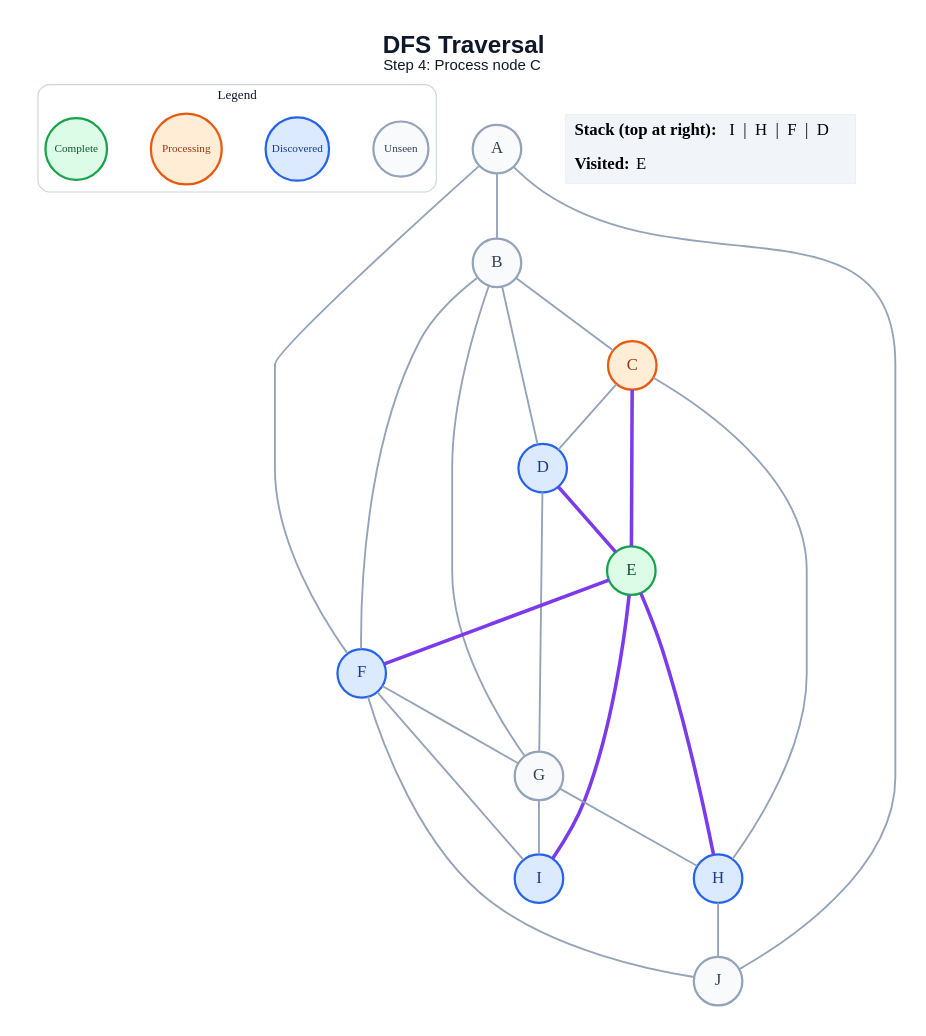
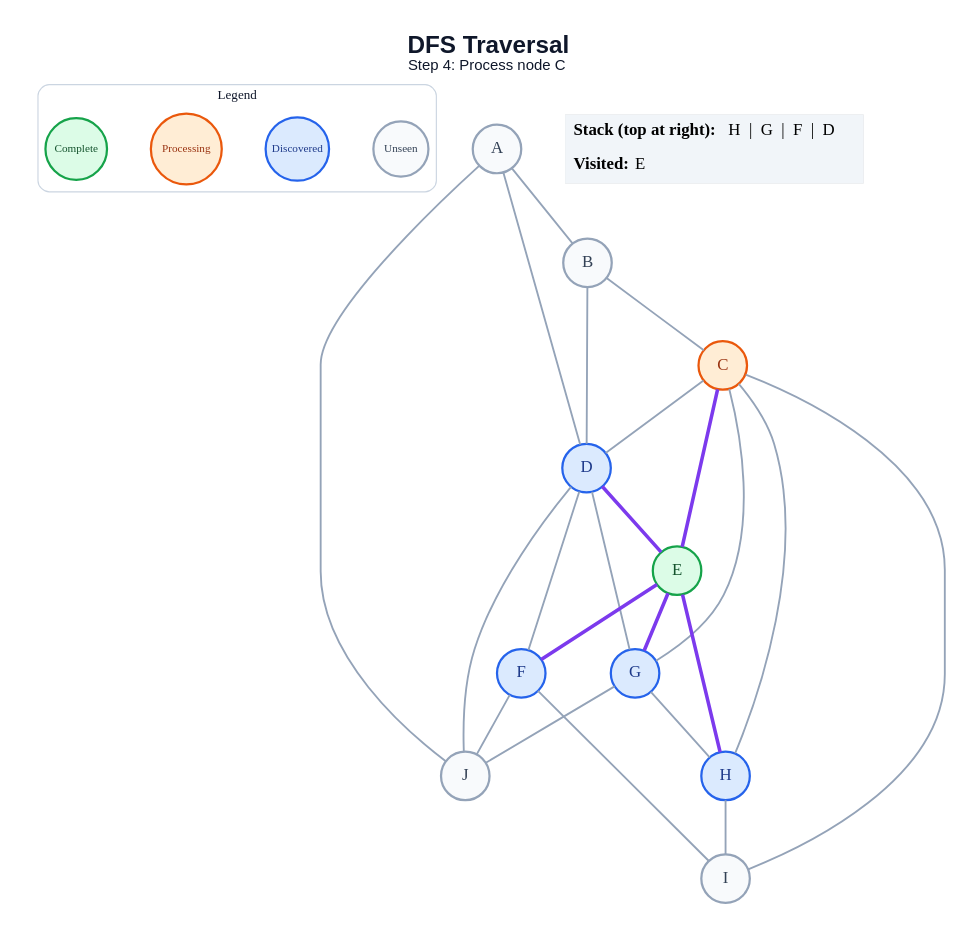
One commit to anon7238593-create/ai-slop changed the diagram in generated/specific-node/dfs/step_04.dot. Above: the diagram before and after it, drawn with Graphviz. The commit also changed 171 other files, not shown here.

```diff
--- a/generated/specific-node/dfs/step_04.dot
+++ b/generated/specific-node/dfs/step_04.dot
@@ -1,50 +1,51 @@
 graph traversal {
   graph [layout=dot, rankdir=TB, bgcolor="#FFFFFF", pad="0.35", nodesep="0.65", ranksep="0.8", fontname="Arial"];
   node [shape=circle, style="filled", fontname="Arial Bold", fontsize=18, width=0.72, fixedsize=true, penwidth=2.4];
   edge [color="#94A3B8", penwidth=2.0];
   label=<<B>DFS Traversal</B><BR/><FONT POINT-SIZE="16">Step 4: Process node C</FONT>>; labelloc="t"; fontsize=26; fontname="Arial"; fontcolor="#0F172A";
   subgraph cluster_legend { label="Legend"; color="#CBD5E1"; penwidth=1.2; style="rounded"; fontsize=14; fontname="Arial Bold";
     key_unseen [label="Unseen", fillcolor="#F8FAFC", color="#94A3B8", fontcolor="#334155", fontsize=12, width=0.82];
     key_frontier [label="Discovered", fillcolor="#DBEAFE", color="#2563EB", fontcolor="#1E3A8A", fontsize=12, width=0.95];
     key_current [label="Processing", fillcolor="#FFEDD5", color="#EA580C", fontcolor="#9A3412", fontsize=12, width=1.05];
     key_done [label="Complete", fillcolor="#DCFCE7", color="#16A34A", fontcolor="#14532D", fontsize=12, width=0.92];
     { rank=same; key_unseen; key_frontier; key_current; key_done; }
   }
   A [fillcolor="#F8FAFC", color="#94A3B8", fontcolor="#334155"];
   B [fillcolor="#F8FAFC", color="#94A3B8", fontcolor="#334155"];
   C [fillcolor="#FFEDD5", color="#EA580C", fontcolor="#9A3412"];
   D [fillcolor="#DBEAFE", color="#2563EB", fontcolor="#1E3A8A"];
   E [fillcolor="#DCFCE7", color="#16A34A", fontcolor="#14532D"];
   F [fillcolor="#DBEAFE", color="#2563EB", fontcolor="#1E3A8A"];
-  G [fillcolor="#F8FAFC", color="#94A3B8", fontcolor="#334155"];
+  G [fillcolor="#DBEAFE", color="#2563EB", fontcolor="#1E3A8A"];
   H [fillcolor="#DBEAFE", color="#2563EB", fontcolor="#1E3A8A"];
-  I [fillcolor="#DBEAFE", color="#2563EB", fontcolor="#1E3A8A"];
+  I [fillcolor="#F8FAFC", color="#94A3B8", fontcolor="#334155"];
   J [fillcolor="#F8FAFC", color="#94A3B8", fontcolor="#334155"];
   A -- B;
-  A -- F;
+  A -- D;
   A -- J;
   B -- C;
   B -- D;
-  B -- F;
-  B -- G;
   C -- D;
   C -- E [color="#7C3AED", penwidth=3.8];
+  C -- G;
   C -- H;
+  C -- I;
   D -- E [color="#7C3AED", penwidth=3.8];
+  D -- F;
   D -- G;
+  D -- J;
   E -- F [color="#7C3AED", penwidth=3.8];
+  E -- G [color="#7C3AED", penwidth=3.8];
   E -- H [color="#7C3AED", penwidth=3.8];
-  E -- I [color="#7C3AED", penwidth=3.8];
-  F -- G;
   F -- I;
   F -- J;
   G -- H;
-  G -- I;
-  H -- J;
+  G -- J;
+  H -- I;
   status [shape=plain, fixedsize=false, width=0, height=0, margin=0, label=<
     <TABLE BORDER="0" CELLBORDER="0" CELLPADDING="7" BGCOLOR="#F1F5F9">
-      <TR><TD ALIGN="LEFT"><B>Stack (top at right):</B> I  |  H  |  F  |  D</TD></TR>
+      <TR><TD ALIGN="LEFT"><B>Stack (top at right):</B> H  |  G  |  F  |  D</TD></TR>
       <TR><TD ALIGN="LEFT"><B>Visited:</B> E</TD></TR>
     </TABLE>
   >];
 }
```
